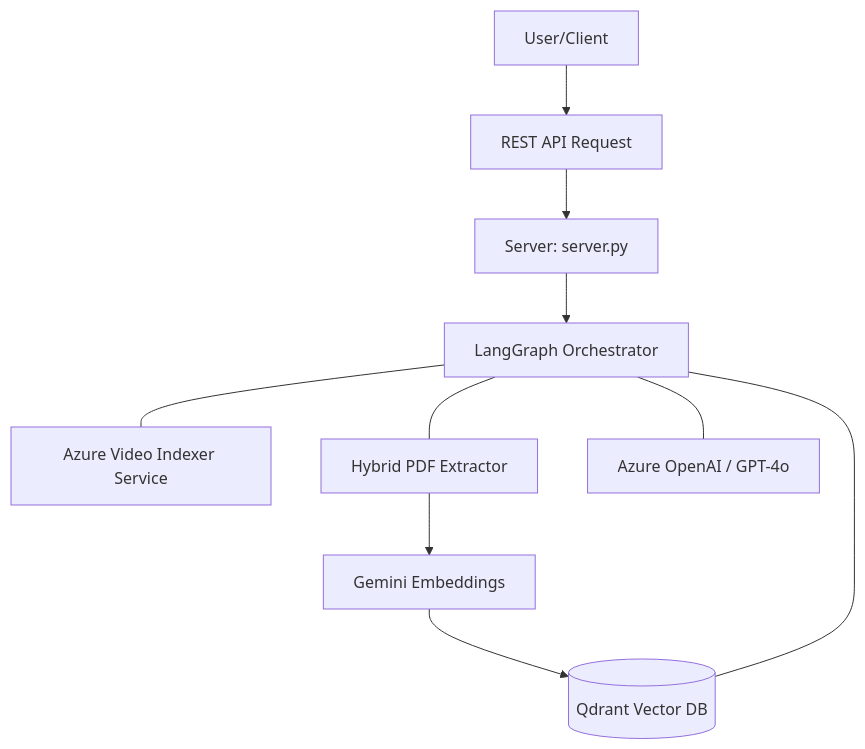
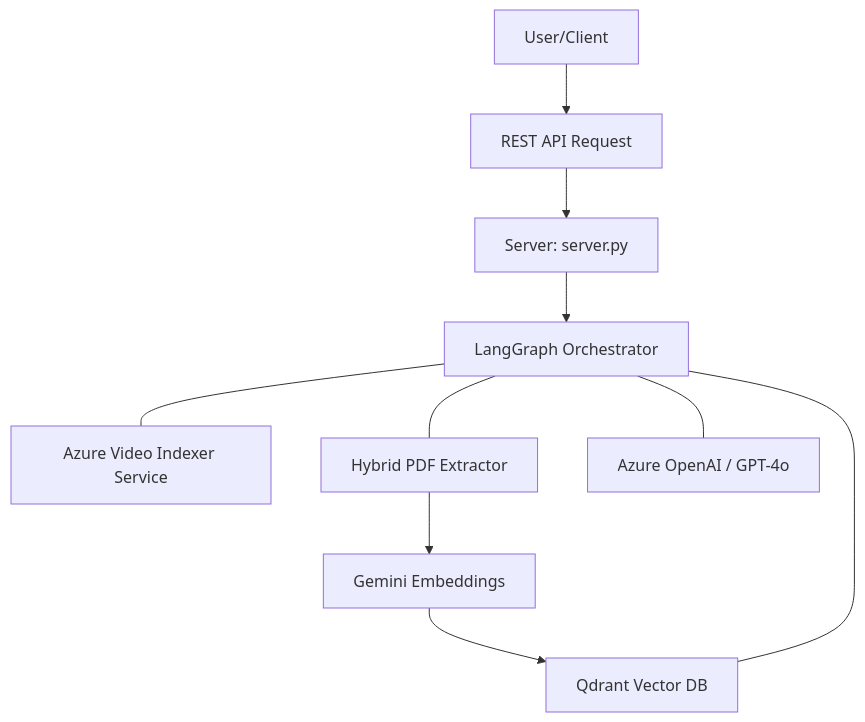
Before and after one commit to aammss4444/LLMOPS-Multimodal: the first of 3 diagrams in ARCHITECTURE.md, drawn with Mermaid. The commit also changed other lines of this file and 1 other file, not shown here.

Commit message:
docs: use quoted strings in mermaid diagrams for ultra compatibility

````diff
--- a/ARCHITECTURE.md
+++ b/ARCHITECTURE.md
@@ -11,15 +11,15 @@
 ```mermaid
 graph TD
-    User[User/Client] --> API_Call[REST API Request]
-    API_Call --> SVR[Server: server.py]
-    SVR --> ORCH[LangGraph Orchestrator]
+    User["User/Client"] --> API_Call["REST API Request"]
+    API_Call --> SVR["Server: server.py"]
+    SVR --> ORCH["LangGraph Orchestrator"]
 
-    ORCH --- AVI_SVC[Azure Video Indexer Service]
-    ORCH --- EXT_SVC[Hybrid PDF Extractor]
+    ORCH --- AVI_SVC["Azure Video Indexer Service"]
+    ORCH --- EXT_SVC["Hybrid PDF Extractor"]
     
-    EXT_SVC --> EMB[Gemini Embeddings]
-    EMB --> QDR[(Qdrant Vector DB)]
+    EXT_SVC --> EMB["Gemini Embeddings"]
+    EMB --> QDR["Qdrant Vector DB"]
     
     ORCH --- QDR
-    ORCH --- LLM[Azure OpenAI / GPT-4o]
+    ORCH --- LLM["Azure OpenAI / GPT-4o"]
 ```
````
